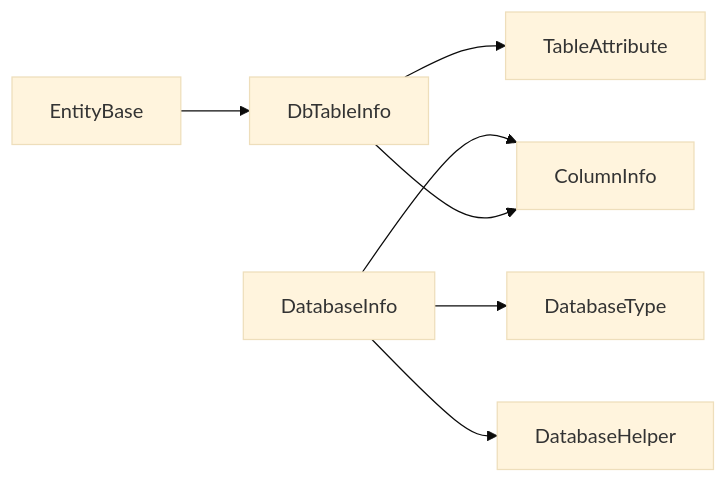
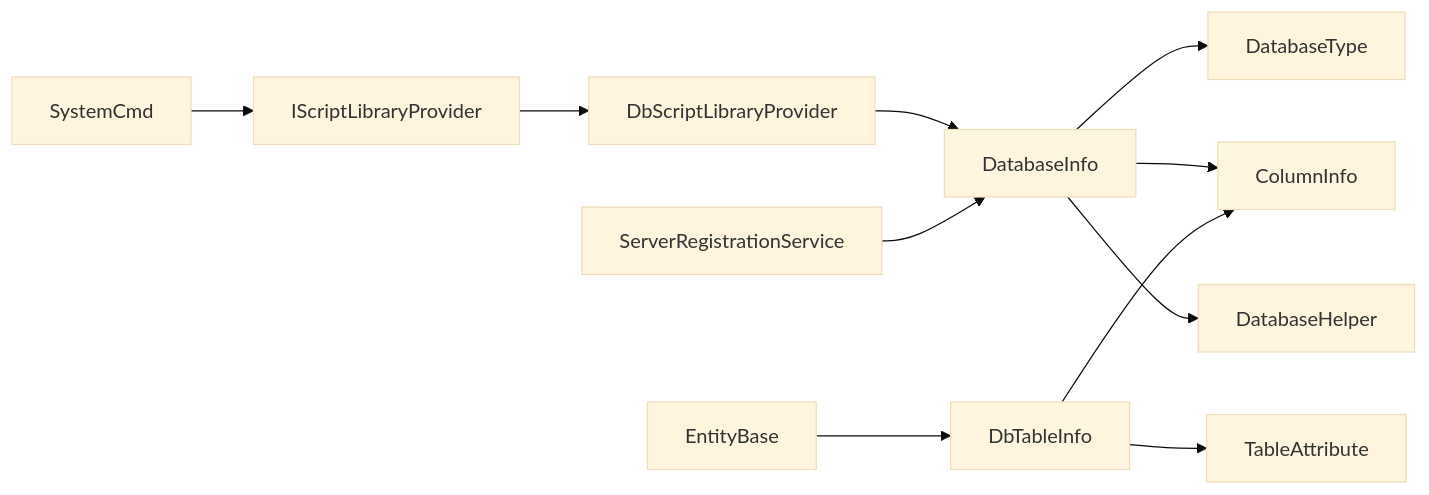
Before and after one commit to Sosososolong/AirGo: the eighth of 9 diagrams in .qoder/repowiki/zh/content/数据模型设计/数据库表结构.md, drawn with Mermaid (base theme). The commit also changed other lines of this file and 5 other files, not shown here.

````diff
--- a/.qoder/repowiki/zh/content/数据模型设计/数据库表结构.md
+++ b/.qoder/repowiki/zh/content/数据模型设计/数据库表结构.md
@@ -317,9 +440,13 @@
 ```mermaid
 graph LR
 DI["DatabaseInfo"] --> DT["DatabaseType"]
 DI --> CI["ColumnInfo"]
 DI --> DH["DatabaseHelper"]
 Dti["DbTableInfo<T>"] --> TA["TableAttribute"]
 Dti --> CI
 EB["EntityBase<T>"] --> Dti
+ISP["IScriptLibraryProvider"] --> DSP["DbScriptLibraryProvider"]
+DSP --> DI
+SC["SystemCmd"] --> ISP
+SRV["ServerRegistrationService"] --> DI
 ```
````
